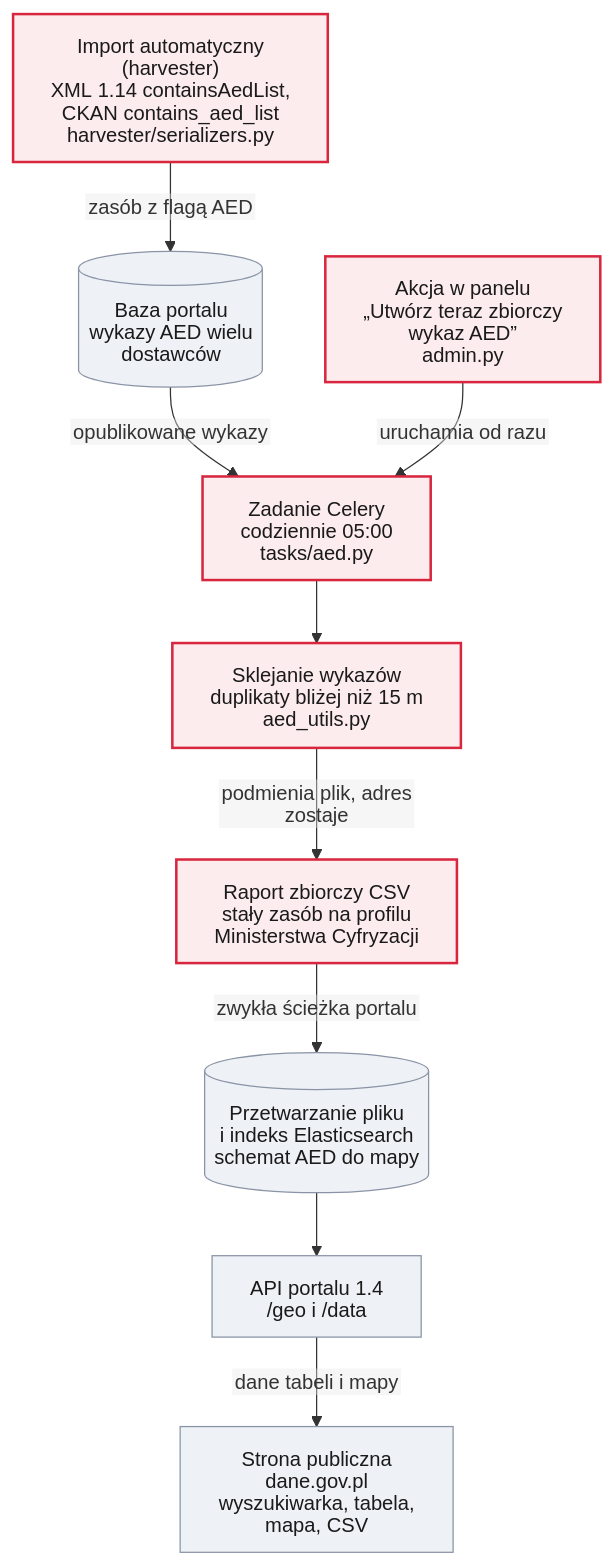
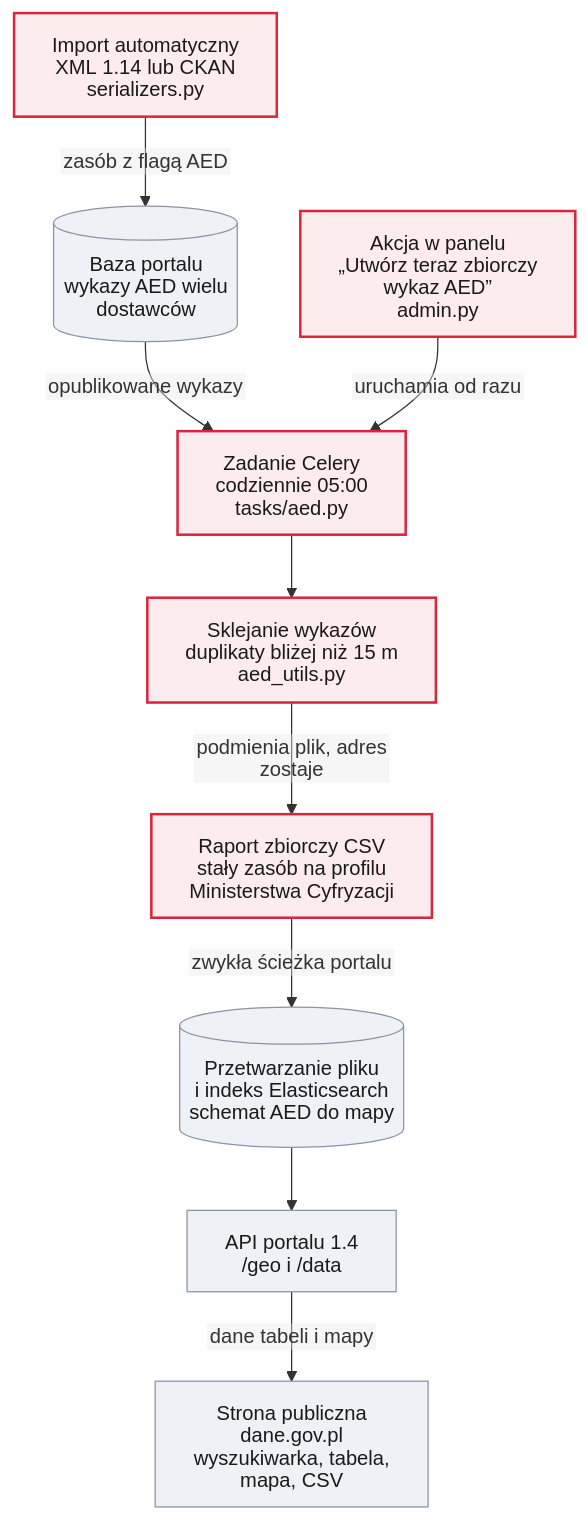
Before and after one commit to pawel120/misja-aed-dane-gov-pl: the second of 2 diagrams in README.md, drawn with Mermaid.

Commit message:
README diagram: shorter harvester label

````diff
--- a/README.md
+++ b/README.md
@@ -115,27 +115,27 @@
 ```mermaid
 %%{init: {"htmlLabels": false, "flowchart": {"htmlLabels": false}}}%%
 flowchart TB
   DB[("Baza portalu<br/>wykazy AED wielu dostawców")]
   A["Akcja w panelu<br/>„Utwórz teraz zbiorczy wykaz AED”<br/>admin.py"]
   C["Zadanie Celery<br/>codziennie 05:00<br/>tasks/aed.py"]
   S["Sklejanie wykazów<br/>duplikaty bliżej niż 15 m<br/>aed_utils.py"]
   R["Raport zbiorczy CSV<br/>stały zasób na profilu<br/>Ministerstwa Cyfryzacji"]
   ES[("Przetwarzanie pliku<br/>i indeks Elasticsearch<br/>schemat AED do mapy")]
   API["API portalu 1.4<br/>/geo i /data"]
   WWW["Strona publiczna dane.gov.pl<br/>wyszukiwarka, tabela, mapa, CSV"]
-  H["Import automatyczny (harvester)<br/>XML 1.14 containsAedList, CKAN contains_aed_list<br/>harvester/serializers.py"]
+  H["Import automatyczny<br/>XML 1.14 lub CKAN<br/>serializers.py"]
 
   H -- "zasób z flagą AED" --> DB
   DB -- "opublikowane wykazy" --> C
   A -- "uruchamia od razu" --> C
   C --> S
   S -- "podmienia plik, adres zostaje" --> R
   R -- "zwykła ścieżka portalu" --> ES
   ES --> API
   API -- "dane tabeli i mapy" --> WWW
 
   classDef nasz fill:#fdecee,stroke:#d7263d,stroke-width:2px,color:#1a1a1a;
   classDef portal fill:#eef1f5,stroke:#8a94a6,color:#1a1a1a;
   class H,A,C,S,R nasz;
   class DB,ES,API,WWW portal;
 ```
````
